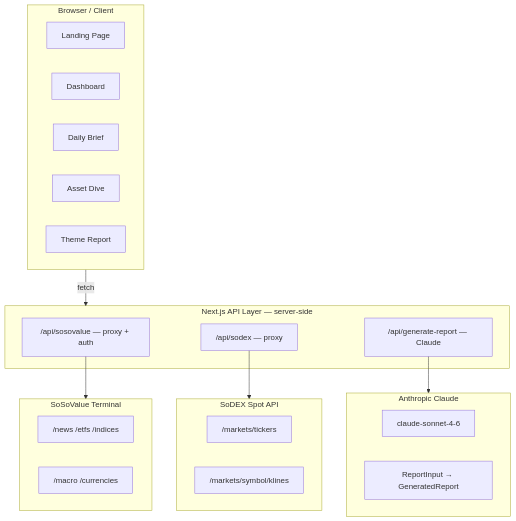
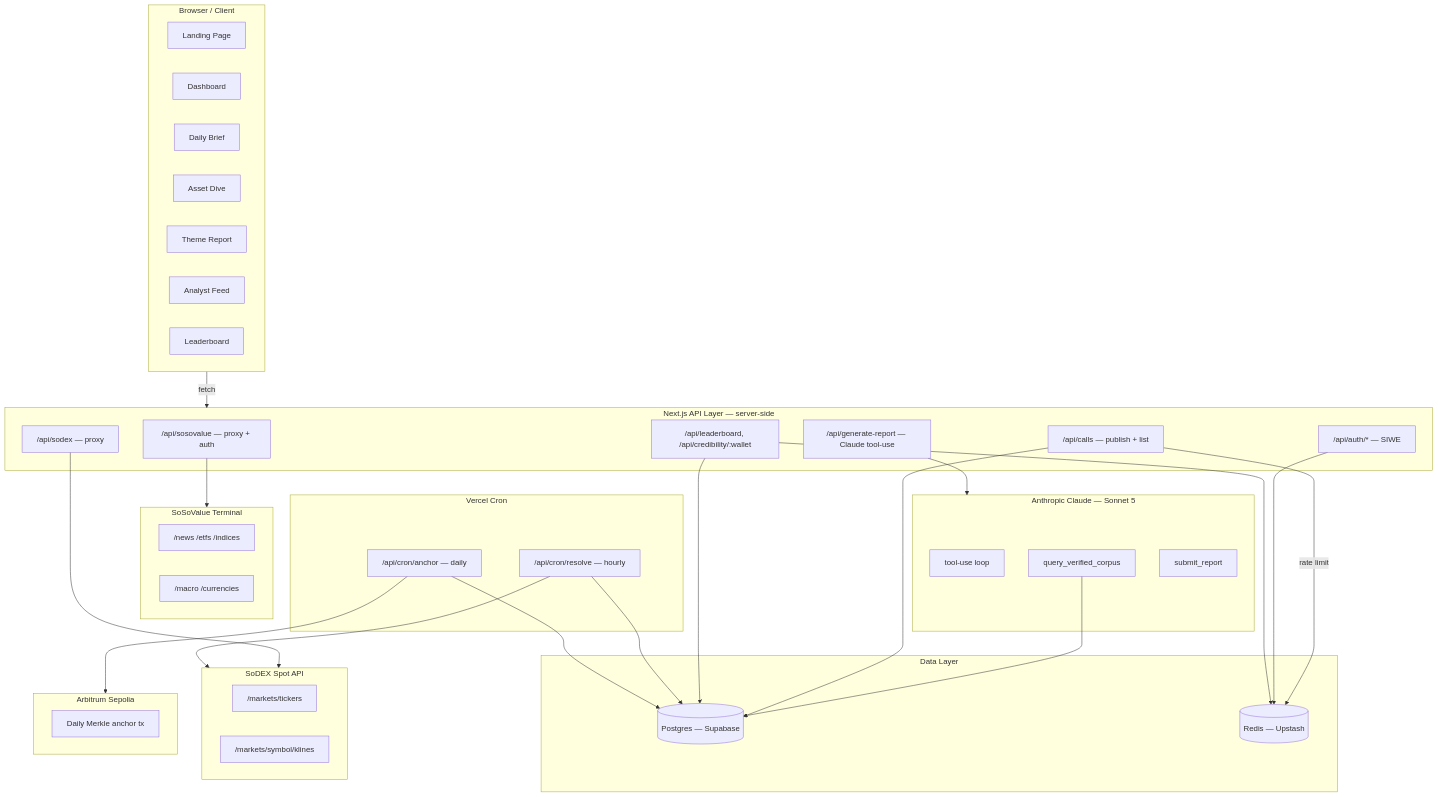
The first of 6 diagrams in README.md (fourWayz/soso-analyst), drawn with Mermaid before and after one commit. The commit also changed other lines of this file, not shown here.

````diff
--- a/README.md
+++ b/README.md
@@ -24,36 +28,66 @@
 ```mermaid
 graph TD
     subgraph Browser["Browser / Client"]
         LP[Landing Page]
-        DB[Dashboard]
+        DBoard[Dashboard]
         DR[Daily Brief]
         AD[Asset Dive]
         TR[Theme Report]
+        FD[Analyst Feed]
+        LB[Leaderboard]
     end
 
     subgraph Proxy["Next.js API Layer — server-side"]
         PS["/api/sosovalue — proxy + auth"]
         PD["/api/sodex — proxy"]
-        PG["/api/generate-report — Claude"]
+        PG["/api/generate-report — Claude tool-use"]
+        PC["/api/calls — publish + list"]
+        PA["/api/auth/* — SIWE"]
+        PL["/api/leaderboard, /api/credibility/:wallet"]
+    end
+
+    subgraph Cron["Vercel Cron"]
+        CR["/api/cron/resolve — hourly"]
+        CA["/api/cron/anchor — daily"]
+    end
+
+    subgraph Data["Data Layer"]
+        PGD[("Postgres — Supabase")]
+        RD[("Redis — Upstash")]
     end
 
     subgraph SV["SoSoValue Terminal"]
         SV1["/news  /etfs  /indices"]
         SV2["/macro  /currencies"]
     end
 
     subgraph SD["SoDEX Spot API"]
         SD1["/markets/tickers"]
         SD2["/markets/symbol/klines"]
     end
 
-    subgraph AI["Anthropic Claude"]
-        AI1["claude-sonnet-4-6"]
-        AI2["ReportInput → GeneratedReport"]
+    subgraph AI["Anthropic Claude — Sonnet 5"]
+        AI1["tool-use loop"]
+        AI2["query_verified_corpus"]
+        AI3["submit_report"]
+    end
+
+    subgraph Chain["Arbitrum Sepolia"]
+        AN["Daily Merkle anchor tx"]
     end
 
     Browser -->|fetch| Proxy
     PS --> SV
     PD --> SD
     PG --> AI
+    AI2 --> PGD
+    PC --> PGD
+    PC -->|rate limit| RD
+    PA --> RD
+    PL --> RD
+    PL --> PGD
+    CR --> PGD
+    CR --> SD
+    CA --> PGD
+    CA --> Chain
 ```
````
